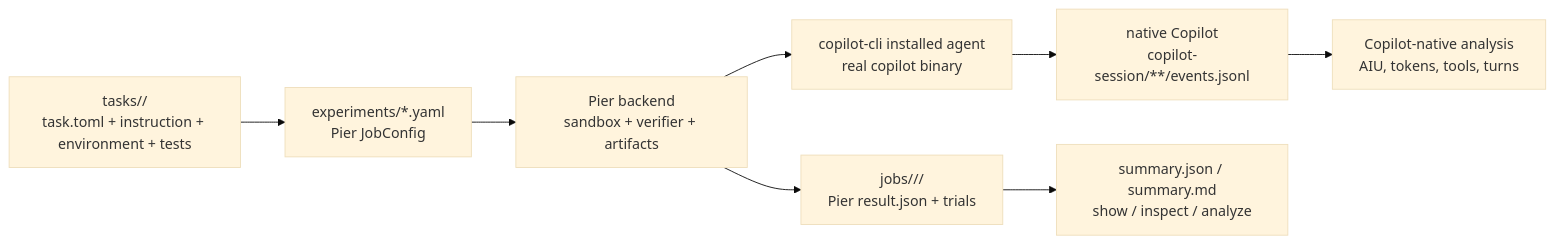
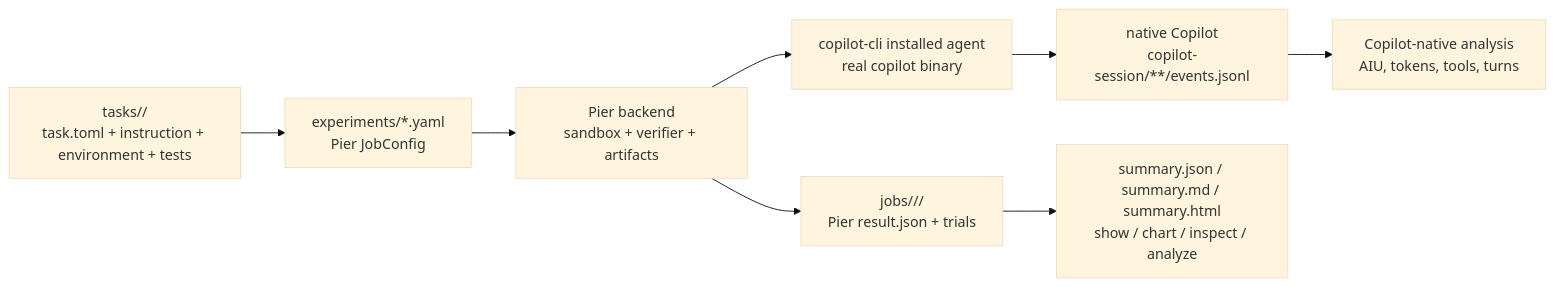
The diagram in README.md (dbroeglin/github-copilot-lab), drawn with Mermaid (base theme) before and after one commit. The commit also changed other lines of this file and 15 other files, not shown here.

````diff
--- a/README.md
+++ b/README.md
@@ -12,10 +12,10 @@
 ```mermaid
 flowchart LR
     T["tasks/<id>/\ntask.toml + instruction + environment + tests"] --> J["experiments/*.yaml\nPier JobConfig"]
     J --> P["Pier backend\nsandbox + verifier + artifacts"]
     P --> A["copilot-cli installed agent\nreal copilot binary"]
     A --> S["native Copilot\ncopilot-session/**/events.jsonl"]
     P --> O["jobs/<job>/<run-id>/\nPier result.json + trials"]
     S --> C["Copilot-native analysis\nAIU, tokens, tools, turns"]
-    O --> R["summary.json / summary.md\nshow / inspect / analyze"]
+    O --> R["summary.json / summary.md / summary.html\nshow / chart / inspect / analyze"]
 ```
````
